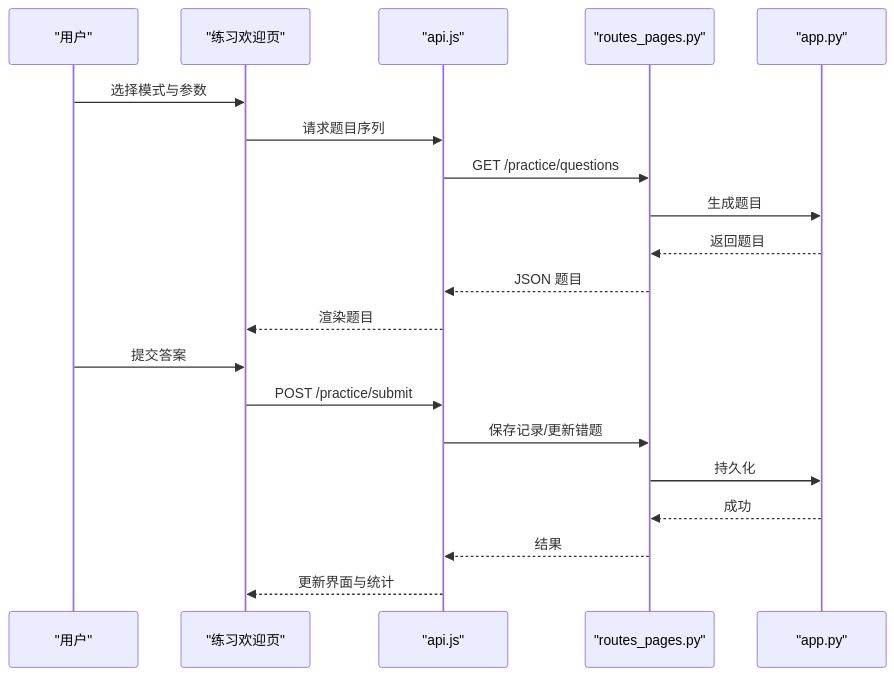
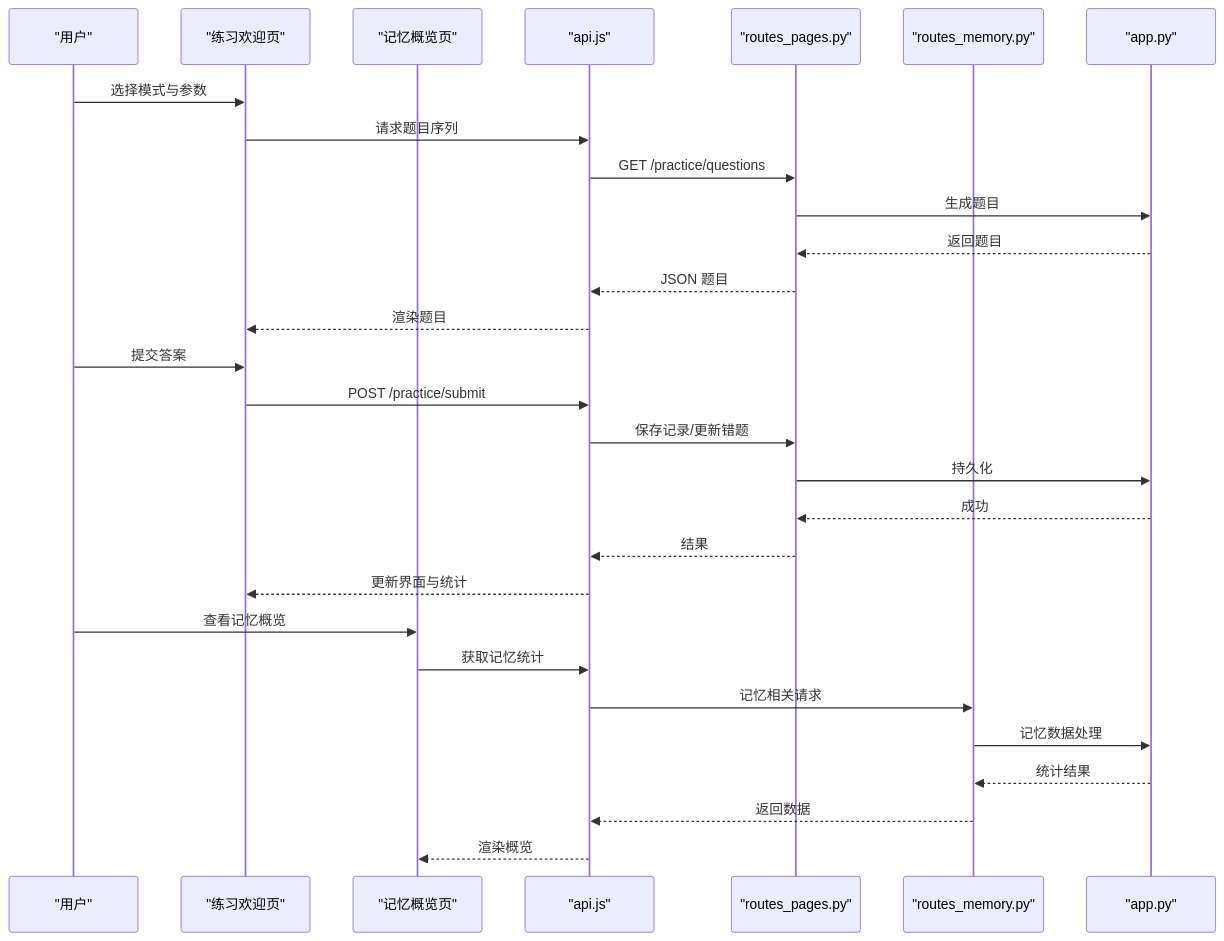
Before and after one commit to abokyoy/LectureLearnLoop: diagram 12 of 14 in .qoder/repowiki/zh/content/练习系统/练习系统.md, drawn with Mermaid. The commit also changed other lines of this file and 91 other files, not shown here.

````diff
--- a/.qoder/repowiki/zh/content/练习系统/练习系统.md
+++ b/.qoder/repowiki/zh/content/练习系统/练习系统.md
@@ -430,22 +510,31 @@
 ```mermaid
 sequenceDiagram
 participant U as "用户"
 participant PW as "练习欢迎页"
+participant MO as "记忆概览页"
 participant API as "api.js"
 participant R as "routes_pages.py"
+participant RM as "routes_memory.py"
 participant A as "app.py"
 U->>PW : 选择模式与参数
 PW->>API : 请求题目序列
 API->>R : GET /practice/questions
 R->>A : 生成题目
 A-->>R : 返回题目
 R-->>API : JSON 题目
 API-->>PW : 渲染题目
 U->>PW : 提交答案
 PW->>API : POST /practice/submit
 API->>R : 保存记录/更新错题
 R->>A : 持久化
 A-->>R : 成功
 R-->>API : 结果
 API-->>PW : 更新界面与统计
+U->>MO : 查看记忆概览
+MO->>API : 获取记忆统计
+API->>RM : 记忆相关请求
+RM->>A : 记忆数据处理
+A-->>RM : 统计结果
+RM-->>API : 返回数据
+API-->>MO : 渲染概览
 ```
````
